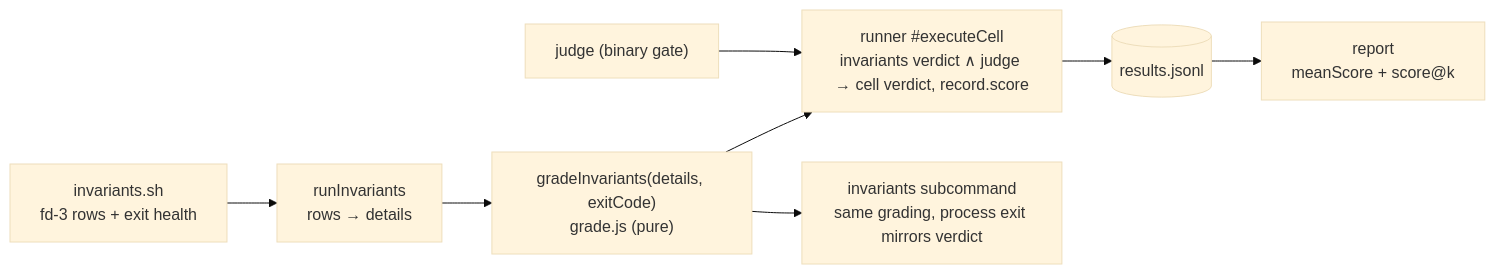
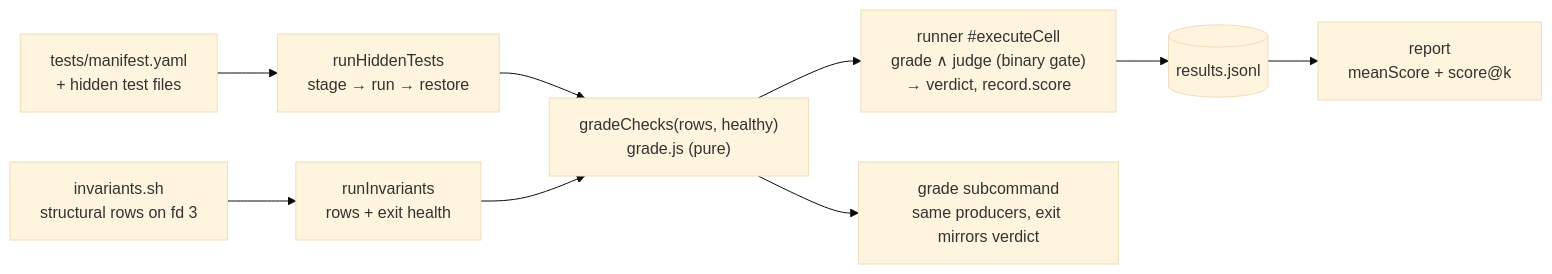
Before and after one commit to forwardimpact/monorepo: the diagram in specs/2240-scored-benchmark-tasks/design-a.md, drawn with Mermaid (base theme). The commit also changed other lines of this file and 2 other files, not shown here.

First line of the commit message:
Revise spec 2240: de-tangle hidden tests from invariants

````diff
--- a/specs/2240-scored-benchmark-tasks/design-a.md
+++ b/specs/2240-scored-benchmark-tasks/design-a.md
@@ -14,10 +14,9 @@
 ```mermaid
 flowchart LR
-  INV["invariants.sh<br/>fd-3 rows + exit health"] --> RI[runInvariants<br/>rows → details]
-  RI --> GR["gradeInvariants(details, exitCode)<br/>grade.js (pure)"]
-  GR --> RUN["runner #executeCell<br/>invariants verdict ∧ judge → cell verdict, record.score"]
-  JD["judge (binary gate)"] --> RUN
-  RUN --> LEDGER[(results.jsonl)]
-  LEDGER --> REP["report<br/>meanScore + score@k"]
-  GR --> CMD["invariants subcommand<br/>same grading, process exit mirrors verdict"]
+  TS["tests/manifest.yaml<br/>+ hidden test files"] --> HT["runHiddenTests<br/>stage → run → restore"]
+  INV["invariants.sh<br/>structural rows on fd 3"] --> RI["runInvariants<br/>rows + exit health"]
+  HT & RI --> GR["gradeChecks(rows, healthy)<br/>grade.js (pure)"]
+  GR --> RUN["runner #executeCell<br/>grade ∧ judge (binary gate)<br/>→ verdict, record.score"]
+  RUN --> LEDGER[(results.jsonl)] --> REP["report<br/>meanScore + score@k"]
+  GR --> CMD["grade subcommand<br/>same producers, exit mirrors verdict"]
 ```
````
